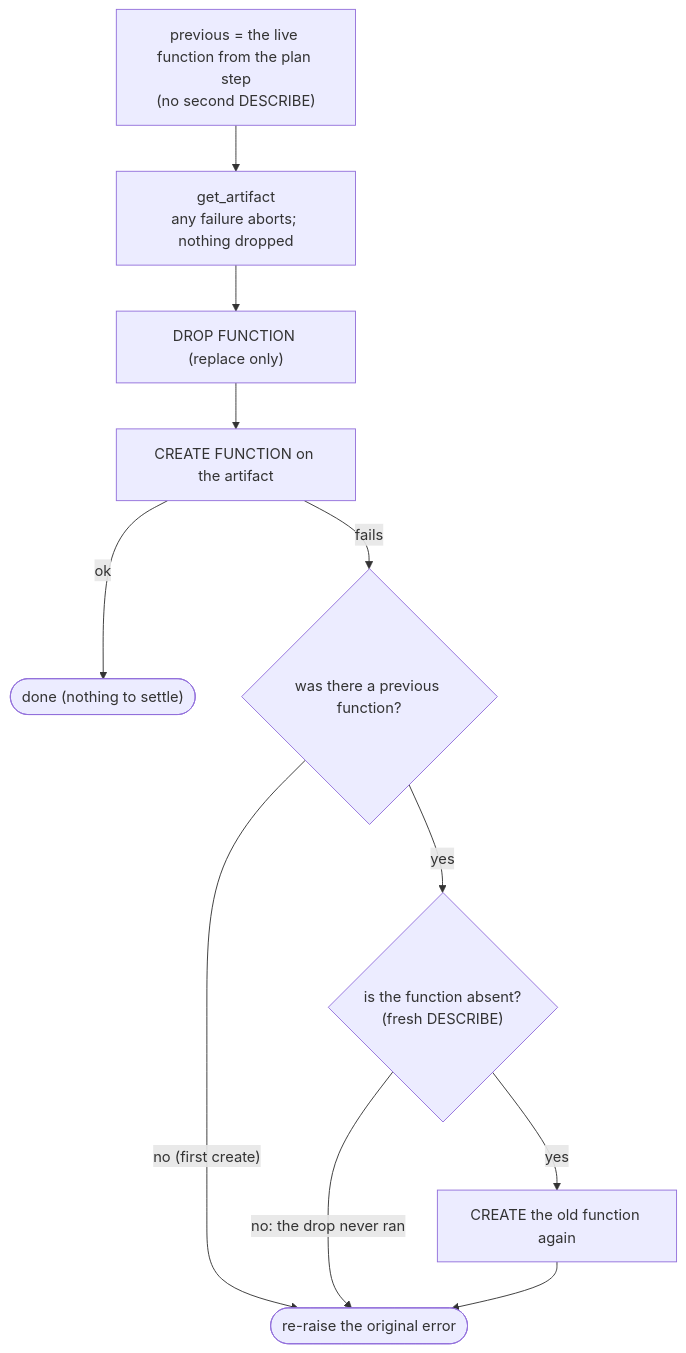
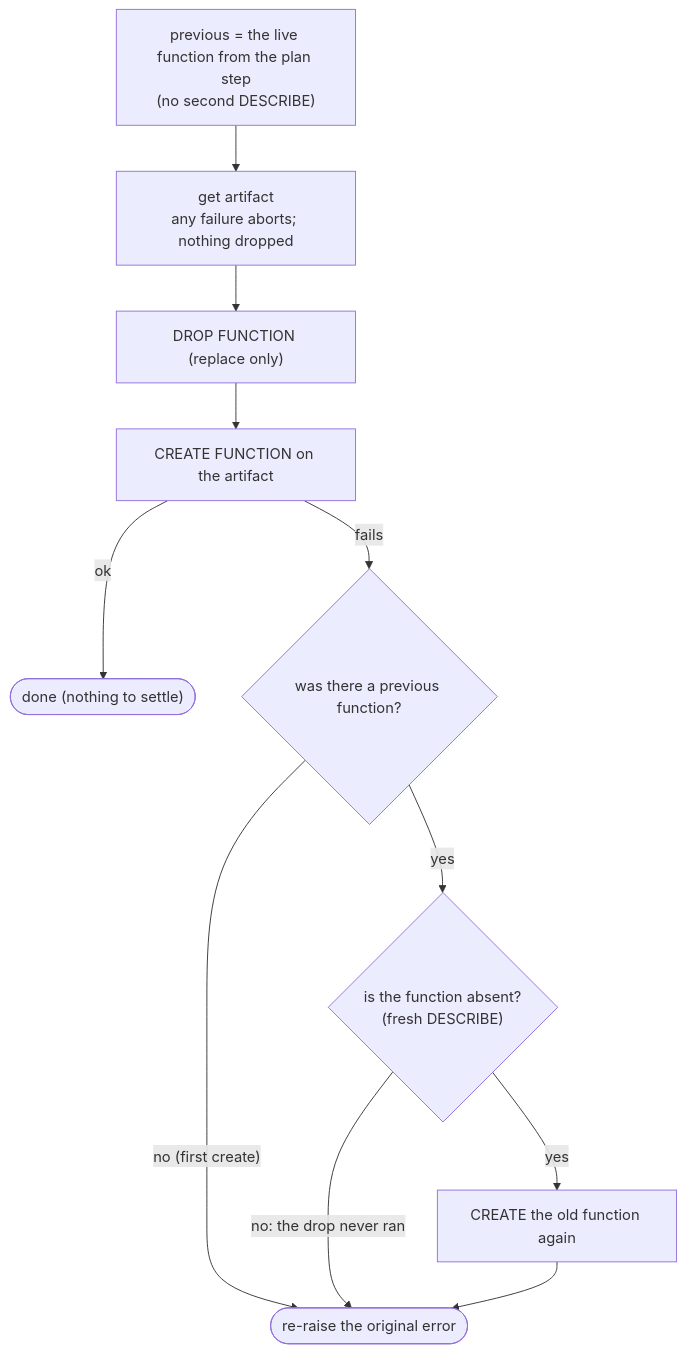
The third of 3 diagrams in design/udfs.md (confluentinc/dbt-confluent), drawn with Mermaid before and after one commit. The commit also changed other lines of this file and 19 other files, not shown here.

````diff
--- a/design/udfs.md
+++ b/design/udfs.md
@@ -131,12 +131,12 @@
 ```mermaid
 flowchart TD
-    apply["previous = the live function from the plan step<br/>(no second DESCRIBE)"] --> check["get_artifact<br/>any failure aborts; nothing dropped"]
+    apply["previous = the live function from the plan step<br/>(no second DESCRIBE)"] --> check["get artifact<br/>any failure aborts; nothing dropped"]
     check --> drop["DROP FUNCTION (replace only)"]
     drop --> create["CREATE FUNCTION on the artifact"]
     create -->|ok| ok(["done (nothing to settle)"])
     create -->|fails| rb{"was there a previous function?"}
     rb -->|"no (first create)"| raise(["re-raise the original error"])
     rb -->|yes| gone{"is the function absent?<br/>(fresh DESCRIBE)"}
     gone -->|"no: the drop never ran"| raise
     gone -->|yes| recreate["CREATE the old function again"] --> raise
 ```
````
